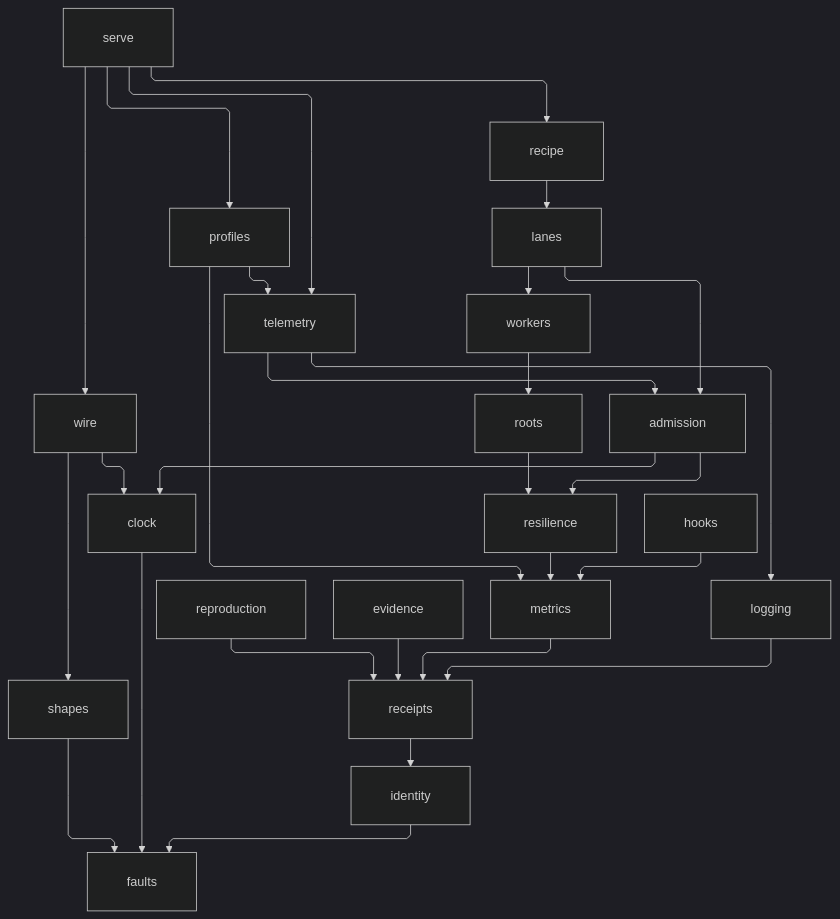
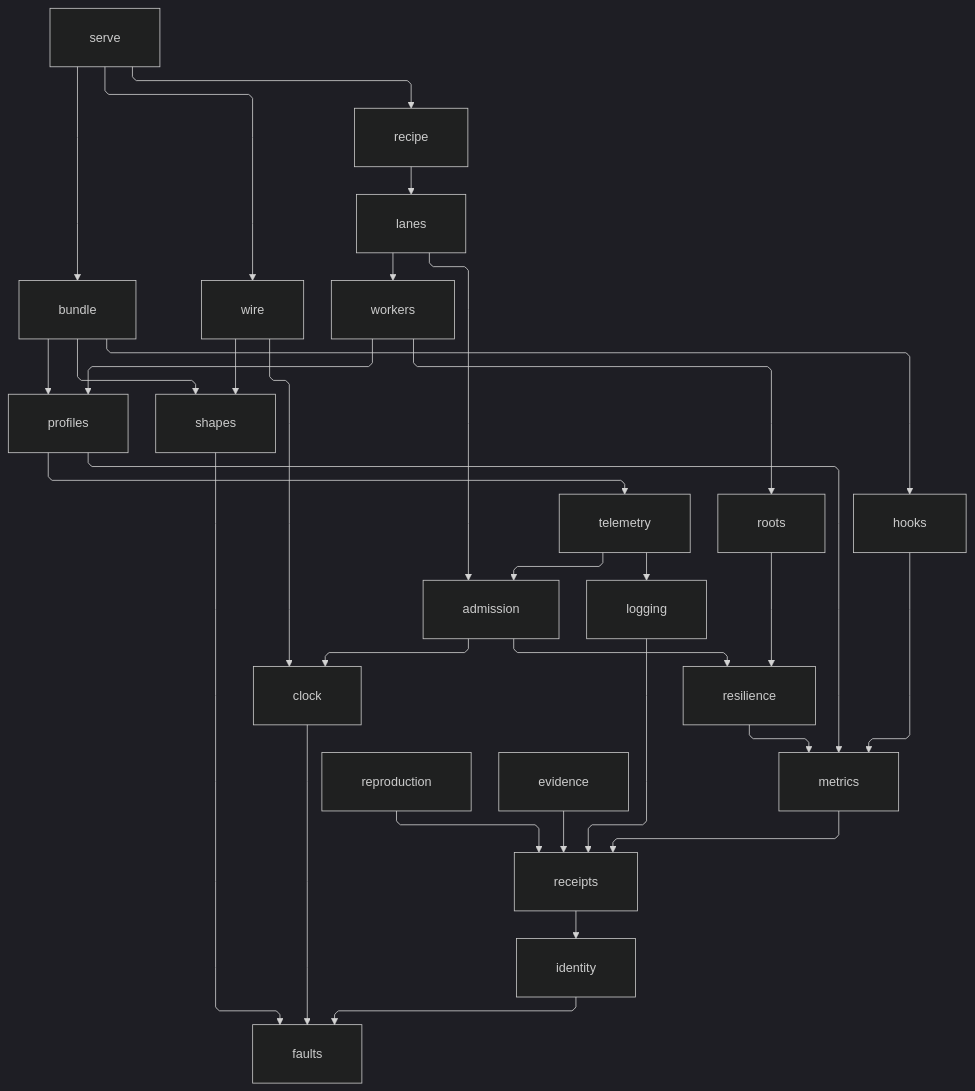
One commit to bsamiee/Rasm changed the third of 3 diagrams in libs/python/runtime/ARCHITECTURE.md. Above: the diagram before and after it, drawn with Mermaid (dark theme). The commit also changed other lines of this file and 124 other files, not shown here.

First line of the commit message:
planning registries: ARCHITECTURE/README/IDEAS/TASKLOG/RULINGS + csproj, campaign-method, CLAUDE.md

````diff
--- a/libs/python/runtime/ARCHITECTURE.md
+++ b/libs/python/runtime/ARCHITECTURE.md
@@ -123,59 +124,63 @@
 ```mermaid
 ---
 config:
   layout: elk
   flowchart:
     curve: linear
     padding: 25
 ---
 flowchart TB
     accTitle: Runtime interior import rail
-    accDescr: Transitive-reduced module import rail descending from the serve and profiles composition tiers through recipe, lanes, and workers onto roots, telemetry joining at admission and logging, the wire codec at shapes and clock, converging through hooks, metrics, logging, and receipts onto identity and the faults root, with reproduction and evidence joining at receipts and shapes and clock at faults.
+    accDescr: Transitive-reduced module import rail descending from the serve tier through recipe, lanes, and workers onto roots and the profiles-telemetry install band, the bundle capsule joining at profiles, hooks, and shapes, the wire codec at shapes and clock, converging through hooks, metrics, logging, and receipts onto identity and the faults root, with reproduction and evidence joining at receipts and shapes and clock at faults.
     Serve[serve]
+    Bundle[bundle]
     Profiles[profiles]
     Recipe[recipe]
     Telemetry[telemetry]
     Wire[wire]
     Lanes[lanes]
     Roots[roots]
     Admission[admission]
     Workers[workers]
     Shapes[shapes]
     Clock[clock]
     Resilience[resilience]
     Reproduction[reproduction]
     Evidence[evidence]
     Hooks[hooks]
     Metrics[metrics]
     Logging[logging]
     Receipts[receipts]
     Identity[identity]
     Faults[faults]
     Serve r1@--> Recipe
-    Serve r2@--> Telemetry
+    Serve r2@--> Bundle
     Serve r3@--> Wire
-    Serve r28@--> Profiles
+    Bundle r28@--> Profiles
+    Bundle r29@--> Hooks
+    Bundle r30@--> Shapes
+    Workers r31@--> Profiles
     Profiles r23@--> Telemetry
     Profiles r24@--> Metrics
     Recipe r4@--> Lanes
     Workers r5@--> Roots
     Telemetry r6@--> Admission
     Telemetry r25@--> Logging
     Lanes r7@--> Admission
     Lanes r8@--> Workers
     Wire r9@--> Clock
     Wire r10@--> Shapes
     Admission r11@--> Clock
     Admission r12@--> Resilience
     Roots r14@--> Resilience
     Resilience r15@--> Metrics
     Hooks r26@--> Metrics
     Metrics r16@--> Receipts
     Logging r27@--> Receipts
     Reproduction r17@--> Receipts
     Evidence r18@--> Receipts
     Receipts r19@--> Identity
     Identity r20@--> Faults
     Shapes r21@--> Faults
     Clock r22@--> Faults
 ```
````
